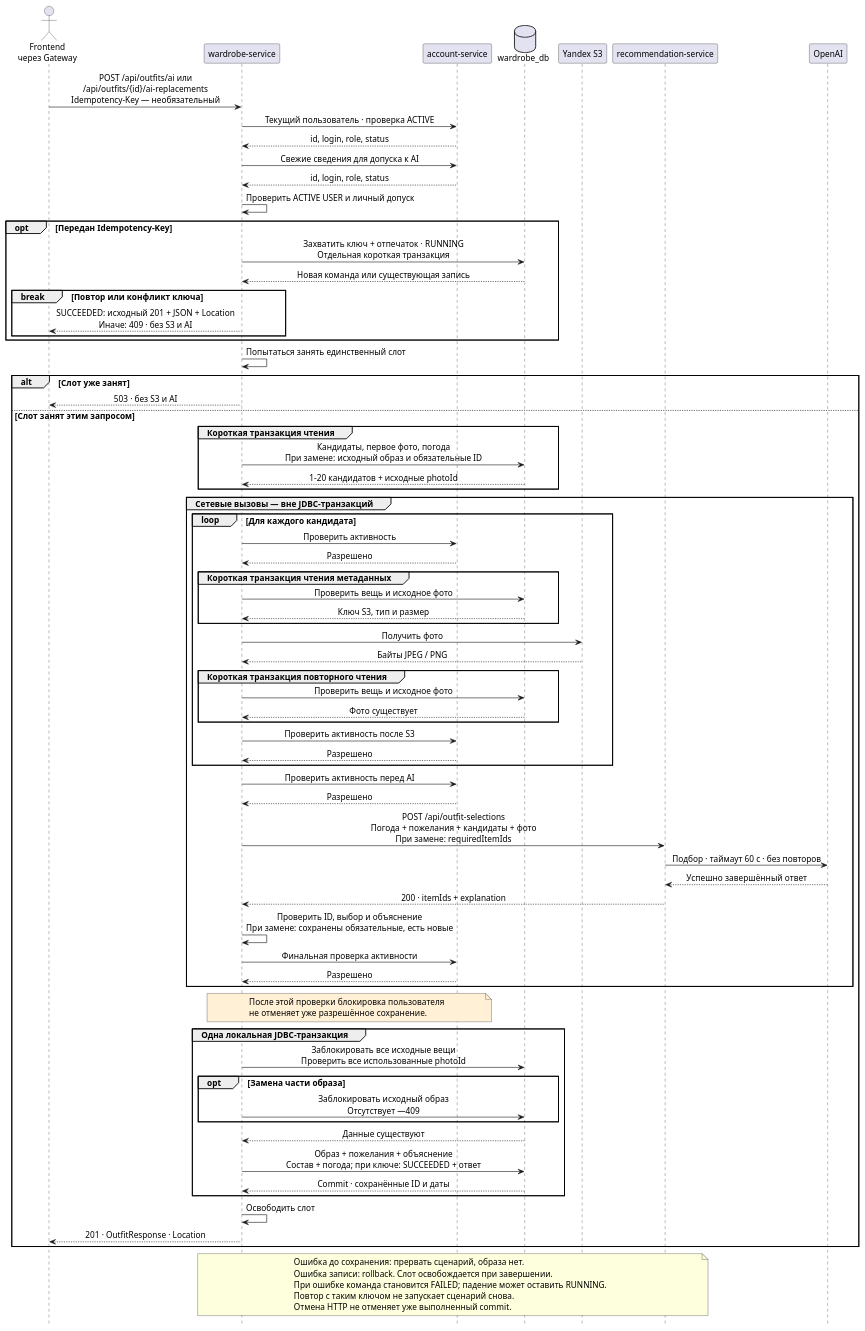
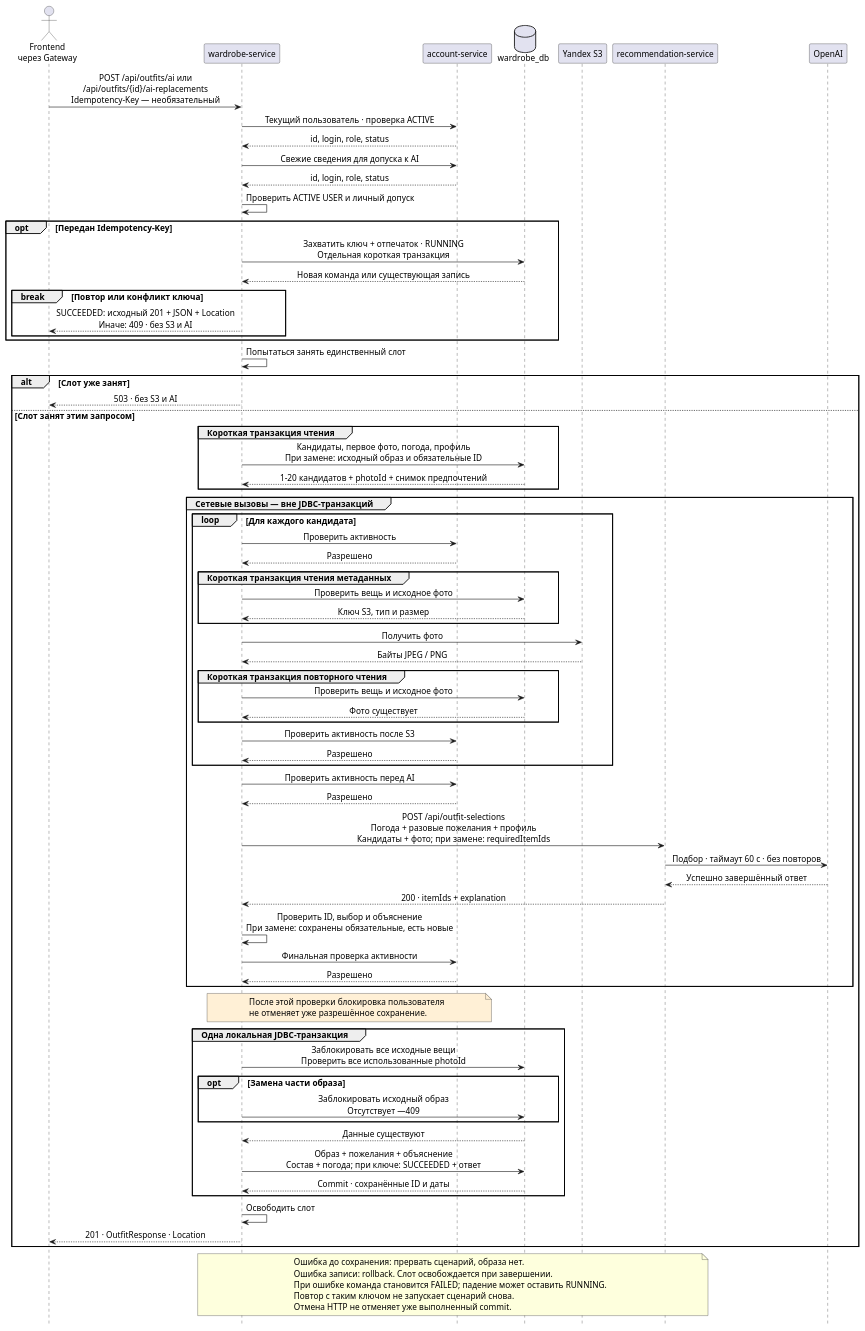
The diagram in docs/lab2/diagrams/ai-selection.puml (SimeonGor/clothes-advisor), drawn with PlantUML before and after one commit. The commit also changed 4 other files, not shown here.

```diff
--- a/docs/lab2/diagrams/ai-selection.puml
+++ b/docs/lab2/diagrams/ai-selection.puml
@@ -1,95 +1,95 @@
 @startuml ai-selection
 skinparam backgroundColor #FFFFFF
 skinparam defaultFontName SansSerif
 skinparam defaultFontSize 14
 skinparam shadowing false
 skinparam sequenceMessageAlign center
 skinparam responseMessageBelowArrow true
 hide footbox
 
 actor "Frontend\nчерез Gateway" as client
 participant "wardrobe-service" as wardrobe
 participant "account-service" as account
 database "wardrobe_db" as db
 participant "Yandex S3" as s3
 participant "recommendation-service" as recommendation
 participant "OpenAI" as ai
 
 client -> wardrobe : POST /api/outfits/ai или\n/api/outfits/{id}/ai-replacements\nIdempotency-Key — необязательный
 wardrobe -> account : Текущий пользователь · проверка ACTIVE
 account --> wardrobe : id, login, role, status
 wardrobe -> account : Свежие сведения для допуска к AI
 account --> wardrobe : id, login, role, status
 wardrobe -> wardrobe : Проверить ACTIVE USER и личный допуск
 
 opt Передан Idempotency-Key
   wardrobe -> db : Захватить ключ + отпечаток · RUNNING\nОтдельная короткая транзакция
   db --> wardrobe : Новая команда или существующая запись
   break Повтор или конфликт ключа
     wardrobe --> client : SUCCEEDED: исходный 201 + JSON + Location\nИначе: 409 · без S3 и AI
   end
 end
 wardrobe -> wardrobe : Попытаться занять единственный слот
 
 alt Слот уже занят
   wardrobe --> client : 503 · без S3 и AI
 else Слот занят этим запросом
   group Короткая транзакция чтения
-    wardrobe -> db : Кандидаты, первое фото, погода\nПри замене: исходный образ и обязательные ID
-    db --> wardrobe : 1–20 кандидатов + исходные photoId
+    wardrobe -> db : Кандидаты, первое фото, погода, профиль\nПри замене: исходный образ и обязательные ID
+    db --> wardrobe : 1–20 кандидатов + photoId + снимок предпочтений
   end
 
   group Сетевые вызовы — вне JDBC-транзакций
     loop Для каждого кандидата
       wardrobe -> account : Проверить активность
       account --> wardrobe : Разрешено
       group Короткая транзакция чтения метаданных
         wardrobe -> db : Проверить вещь и исходное фото
         db --> wardrobe : Ключ S3, тип и размер
       end
       wardrobe -> s3 : Получить фото
       s3 --> wardrobe : Байты JPEG / PNG
       group Короткая транзакция повторного чтения
         wardrobe -> db : Проверить вещь и исходное фото
         db --> wardrobe : Фото существует
       end
       wardrobe -> account : Проверить активность после S3
       account --> wardrobe : Разрешено
     end
     wardrobe -> account : Проверить активность перед AI
     account --> wardrobe : Разрешено
-    wardrobe -> recommendation : POST /api/outfit-selections\nПогода + пожелания + кандидаты + фото\nПри замене: requiredItemIds
+    wardrobe -> recommendation : POST /api/outfit-selections\nПогода + разовые пожелания + профиль\nКандидаты + фото; при замене: requiredItemIds
     recommendation -> ai : Подбор · таймаут 60 с · без повторов
     ai --> recommendation : Успешно завершённый ответ
     recommendation --> wardrobe : 200 · itemIds + explanation
     wardrobe -> wardrobe : Проверить ID, выбор и объяснение\nПри замене: сохранены обязательные, есть новые
     wardrobe -> account : Финальная проверка активности
     account --> wardrobe : Разрешено
   end
 
   note over wardrobe, account #FFF0D6
     После этой проверки блокировка пользователя
     не отменяет уже разрешённое сохранение.
   end note
 
   group Одна локальная JDBC-транзакция
     wardrobe -> db : Заблокировать все исходные вещи\nПроверить все использованные photoId
     opt Замена части образа
       wardrobe -> db : Заблокировать исходный образ\nОтсутствует —409
     end
     db --> wardrobe : Данные существуют
     wardrobe -> db : Образ + пожелания + объяснение\nСостав + погода; при ключе: SUCCEEDED + ответ
     db --> wardrobe : Commit · сохранённые ID и даты
   end
   wardrobe -> wardrobe : Освободить слот
   wardrobe --> client : 201 · OutfitResponse · Location
 end
 
 note over wardrobe, recommendation
   Ошибка до сохранения: прервать сценарий, образа нет.
   Ошибка записи: rollback. Слот освобождается при завершении.
   При ошибке команда становится FAILED; падение может оставить RUNNING.
   Повтор с таким ключом не запускает сценарий снова.
   Отмена HTTP не отменяет уже выполненный commit.
 end note
 @enduml
```
